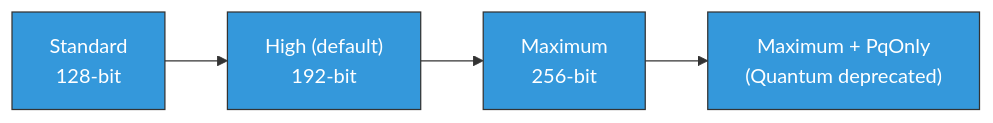
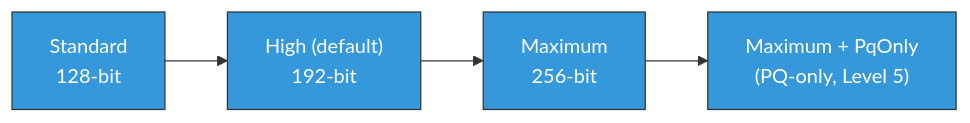
The fifth of 6 diagrams in docs/SECURITY_GUIDE.md (LatticeArc/latticearc), drawn with Mermaid before and after one commit. The commit also changed 18 other files, not shown here.

````diff
--- a/docs/SECURITY_GUIDE.md
+++ b/docs/SECURITY_GUIDE.md
@@ -324,9 +324,9 @@
 ```mermaid
 flowchart LR
     S["Standard\n128-bit"] --> H["High (default)\n192-bit"]
     H --> M["Maximum\n256-bit"]
-    M --> Q["Maximum + PqOnly\n(Quantum deprecated)"]
+    M --> Q["Maximum + PqOnly\n(PQ-only, Level 5)"]
 
     classDef level fill:#3498db,stroke:#333,color:#fff
     class S,H,M,Q level
 ```
````
